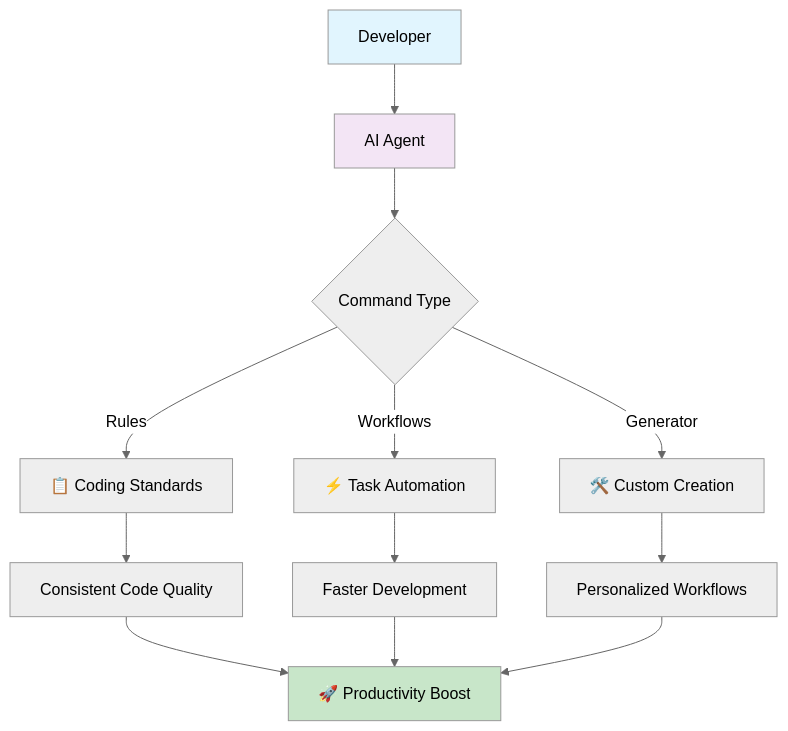
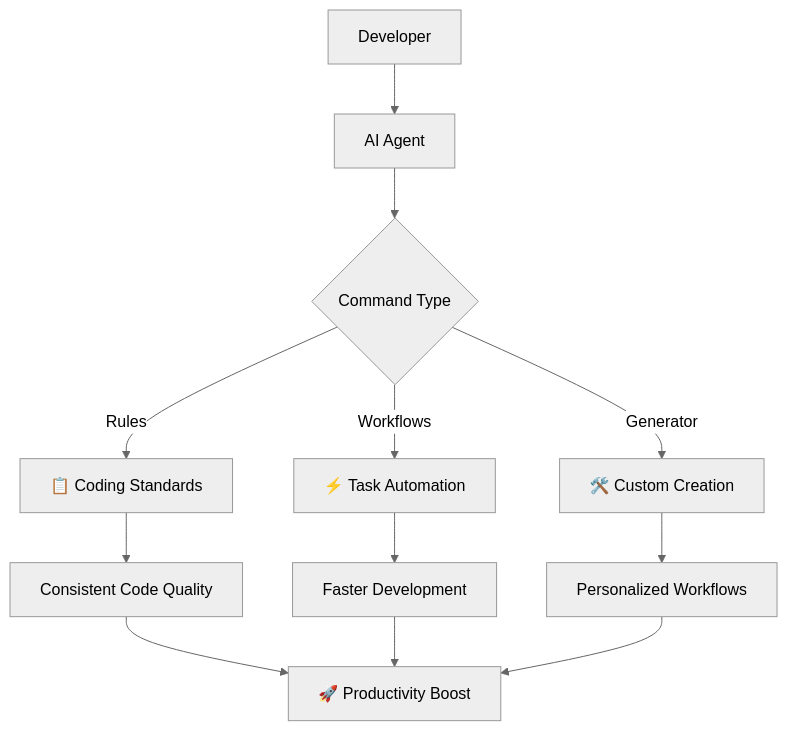
Before and after one commit to minhquan23102000/personal-prompts: the first of 2 diagrams in README.md, drawn with Mermaid (neutral theme).

Commit message:
Refactor README.md by removing unnecessary style definitions to improve readability and maintainability.

````diff
--- a/README.md
+++ b/README.md
@@ -23,21 +23,18 @@
 ```mermaid
 graph TB
     A[Developer] --> B[AI Agent]
     B --> C{Command Type}
     
     C -->|Rules| D[📋 Coding Standards]
     C -->|Workflows| E[⚡ Task Automation]
     C -->|Generator| F[🛠️ Custom Creation]
     
     D --> G[Consistent Code Quality]
     E --> H[Faster Development]
     F --> I[Personalized Workflows]
     
     G --> J[🚀 Productivity Boost]
     H --> J
     I --> J
-    
-    style A fill:#e1f5fe
-    style B fill:#f3e5f5
-    style J fill:#c8e6c9
+
 ```
````
